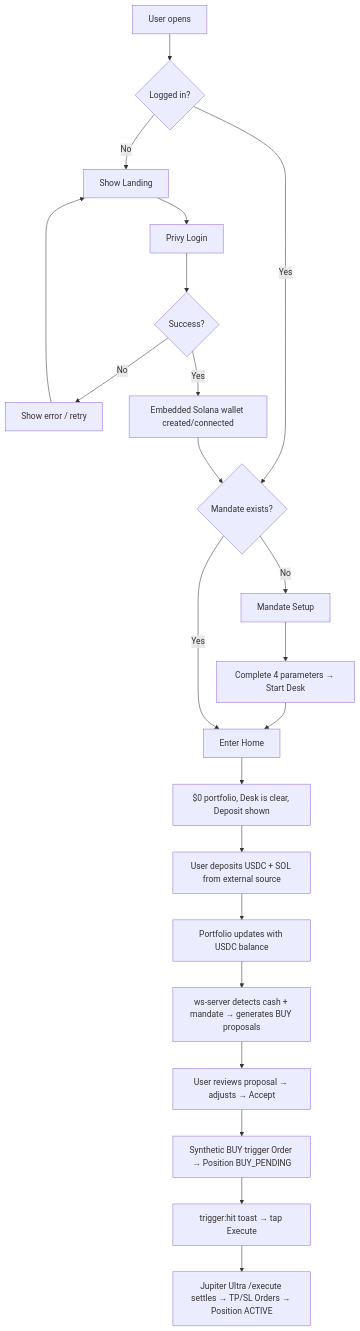
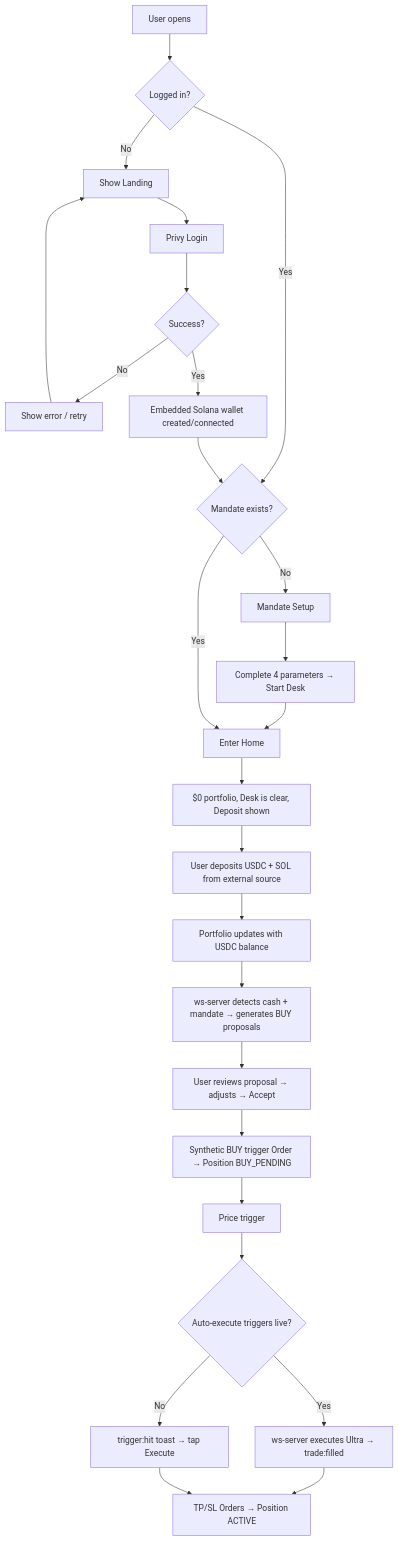
Before and after one commit to Omnis-Labs/tickr-ai: the first of 7 diagrams in docs/screens-and-flows.md, drawn with Mermaid. The commit also changed other lines of this file and 15 other files, not shown here.

````diff
--- a/docs/screens-and-flows.md
+++ b/docs/screens-and-flows.md
@@ -339,24 +339,28 @@
 ```mermaid
 flowchart TD
     A[User opens <app-domain>] --> B{Logged in?}
     B -- No --> C[Show Landing]
     C --> D[Privy Login]
     D --> E{Success?}
     E -- No --> E1[Show error / retry]
     E1 --> C
     E -- Yes --> E2[Embedded Solana wallet created/connected]
     B -- Yes --> F{Mandate exists?}
     E2 --> F
     F -- No --> G[Mandate Setup]
     G --> H[Complete 4 parameters → Start Desk]
     H --> I[Enter Home]
     F -- Yes --> I
     I --> J[$0 portfolio, Desk is clear, Deposit shown]
     J --> K[User deposits USDC + SOL from external source]
     K --> L[Portfolio updates with USDC balance]
     L --> M[ws-server detects cash + mandate → generates BUY proposals]
     M --> N[User reviews proposal → adjusts → Accept]
     N --> O[Synthetic BUY trigger Order → Position BUY_PENDING]
-    O --> P[trigger:hit toast → tap Execute]
-    P --> Q[Jupiter Ultra /execute settles → TP/SL Orders → Position ACTIVE]
+    O --> P[Price trigger]
+    P --> P1{Auto-execute triggers live?}
+    P1 -- Yes --> Q[ws-server executes Ultra → trade:filled]
+    P1 -- No --> R[trigger:hit toast → tap Execute]
+    Q --> S[TP/SL Orders → Position ACTIVE]
+    R --> S
 ```
````
